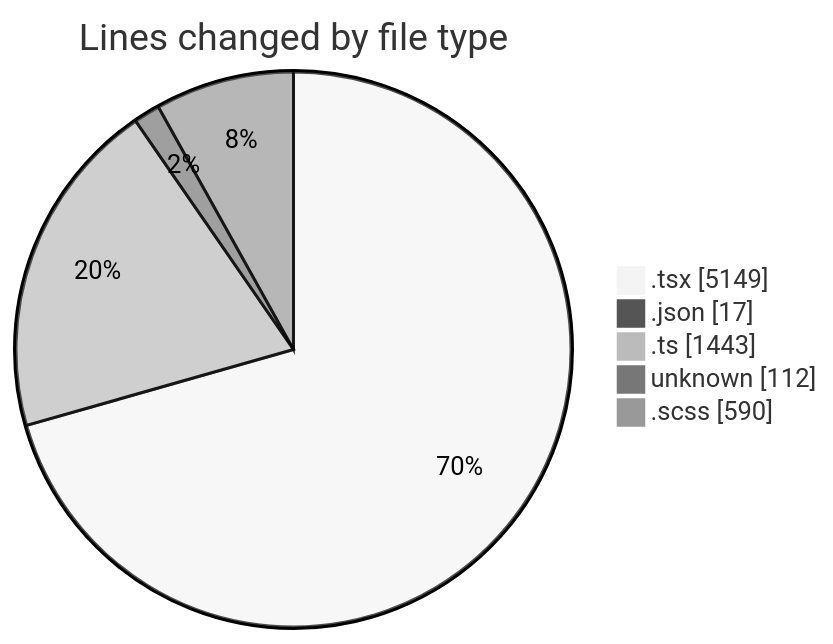
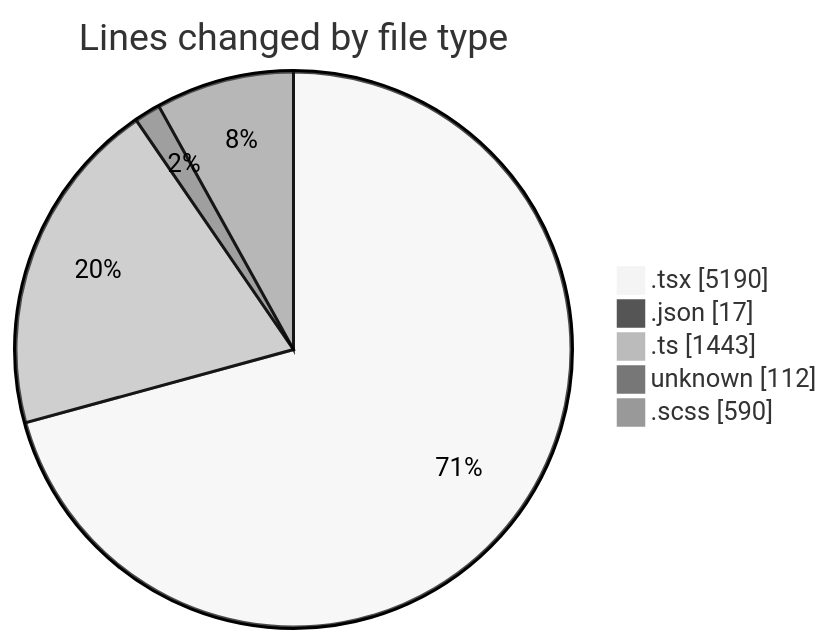
The first of 2 diagrams in 2026-04-30/cda/README.md (momahboobian/code-tracking), drawn with Mermaid (neutral theme) before and after one commit. The commit also changed other lines of this file and 1 other file, not shown here.

````diff
--- a/2026-04-30/cda/README.md
+++ b/2026-04-30/cda/README.md
@@ -69,9 +69,9 @@
 ```mermaid
 pie showData
 title Lines changed by file type
-".tsx" : 5149
+".tsx" : 5190
 ".json" : 17
 ".ts" : 1443
 "unknown" : 112
 ".scss" : 590
 ```
````
